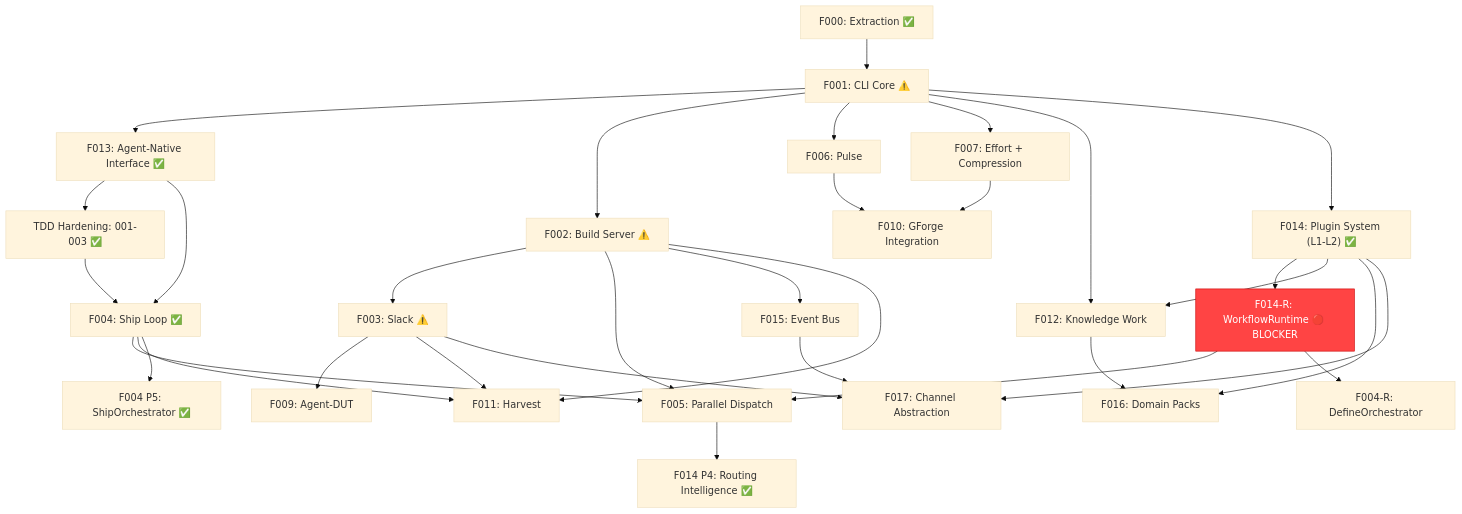
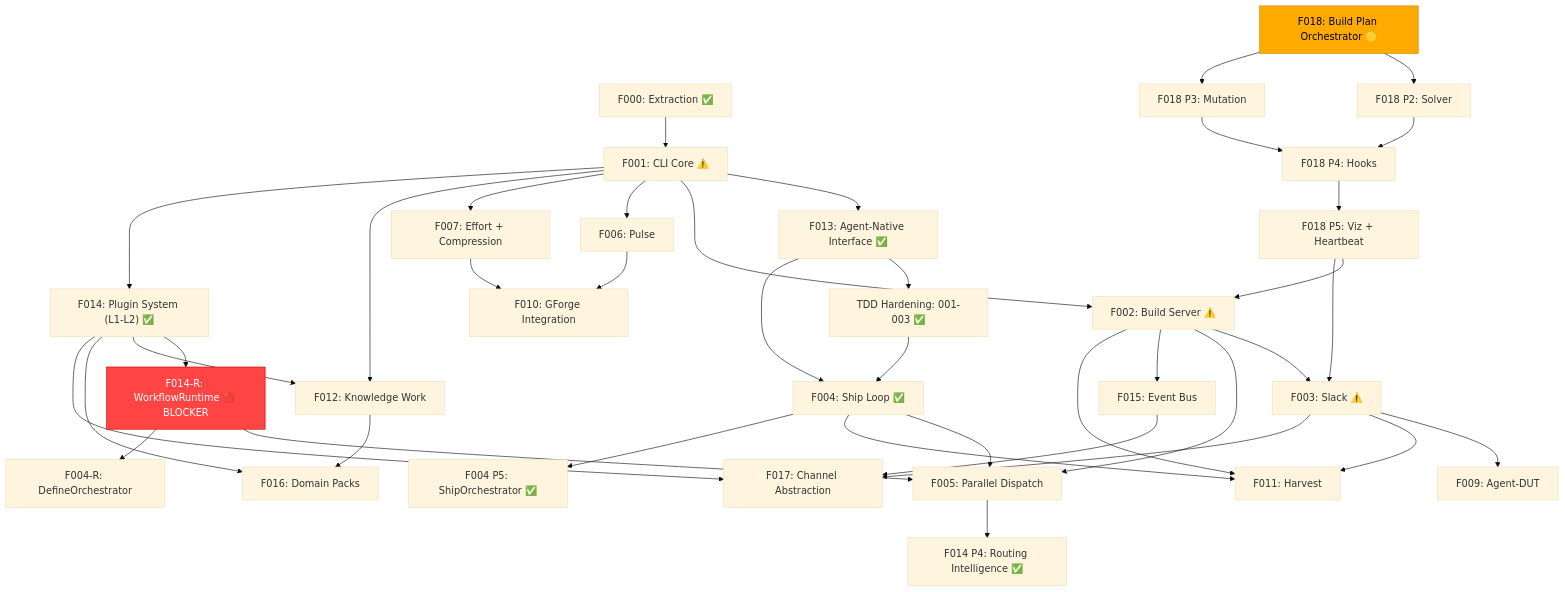
Before and after one commit to gforge-esc/gwrk: the first of 2 diagrams in specs/000-build-plan.md, drawn with Mermaid (base theme). The commit also changed other lines of this file, not shown here.

First line of the commit message:
docs: build plan v14 — R005 audit + F018

````diff
--- a/specs/000-build-plan.md
+++ b/specs/000-build-plan.md
@@ -25,36 +25,44 @@
 ```mermaid
 graph TD
     F000["F000: Extraction ✅"] --> F001["F001: CLI Core ⚠️"]
     F001 --> F013["F013: Agent-Native Interface ✅"]
     F001 --> F002["F002: Build Server ⚠️"]
     F001 --> F006["F006: Pulse"]
     F001 --> F007["F007: Effort + Compression"]
     F001 --> F012["F012: Knowledge Work"]
     F001 --> F014["F014: Plugin System (L1-L2) ✅"]
     F002 --> F003["F003: Slack ⚠️"]
     F002 --> F005["F005: Parallel Dispatch"]
     F002 --> F015["F015: Event Bus"]
     F013 --> TDD["TDD Hardening: 001-003 ✅"]
     F013 --> F004["F004: Ship Loop ✅"]
     TDD --> F004
     F004 --> F005
     F004 --> F011["F011: Harvest"]
     F004 --> F004P5["F004 P5: ShipOrchestrator ✅"]
     F014 --> F014R["F014-R: WorkflowRuntime 🔴 BLOCKER"]
     F014R --> F005
     F014R --> F004RD["F004-R: DefineOrchestrator"]
     F014 --> F012
     F014 --> F016["F016: Domain Packs"]
     F014 --> F017["F017: Channel Abstraction"]
     F003 --> F009["F009: Agent-DUT"]
     F003 --> F011
     F002 --> F011
     F006 --> F010["F010: GForge Integration"]
     F007 --> F010
     F015 --> F017
     F003 --> F017
     F012 --> F016
     F005 --> F014P4["F014 P4: Routing Intelligence ✅"]
+    F018["F018: Build Plan Orchestrator 🟡"] --> F018P2["F018 P2: Solver"]
+    F018["F018: Build Plan Orchestrator 🟡"] --> F018P3["F018 P3: Mutation"]
+    F018P2 --> F018P4["F018 P4: Hooks"]
+    F018P3 --> F018P4
+    F018P4 --> F018P5["F018 P5: Viz + Heartbeat"]
+    F018P5 --> F002
+    F018P5 --> F003
 
     style F014R fill:#ff4444,stroke:#cc0000,color:#fff
+    style F018 fill:#ffaa00,stroke:#cc8800,color:#000
 ```
````
